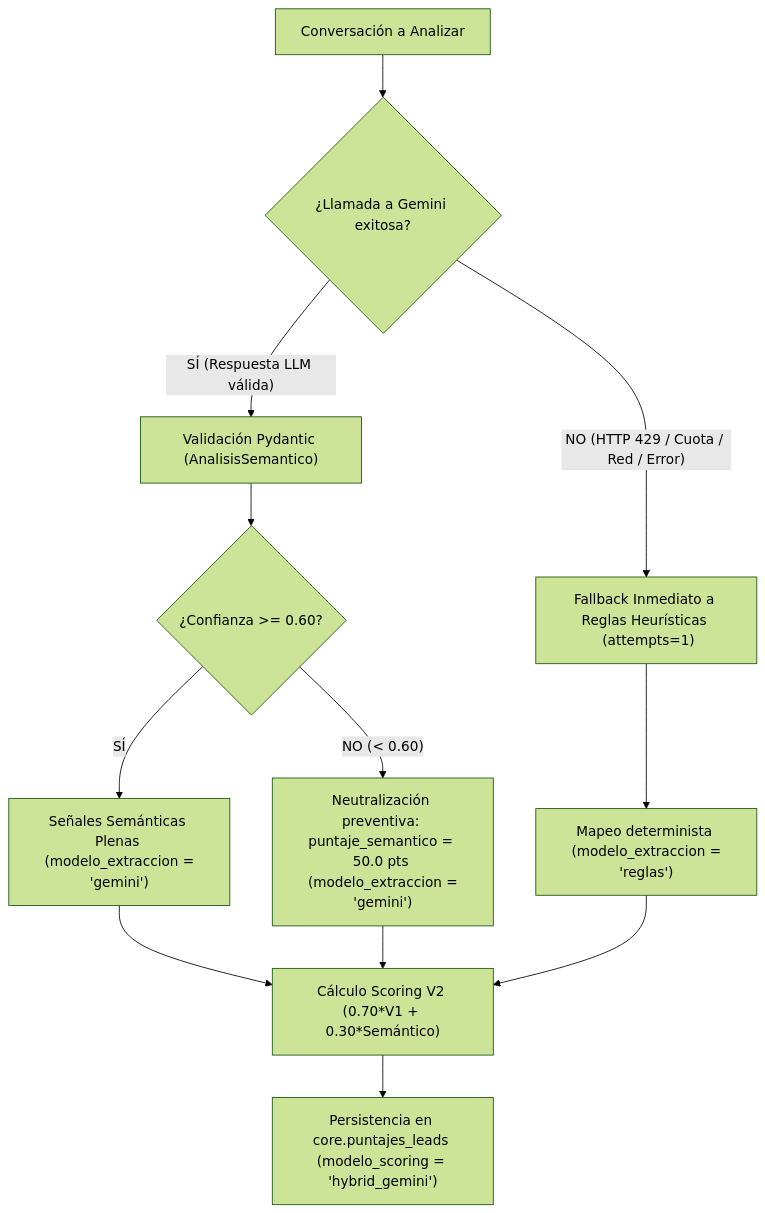
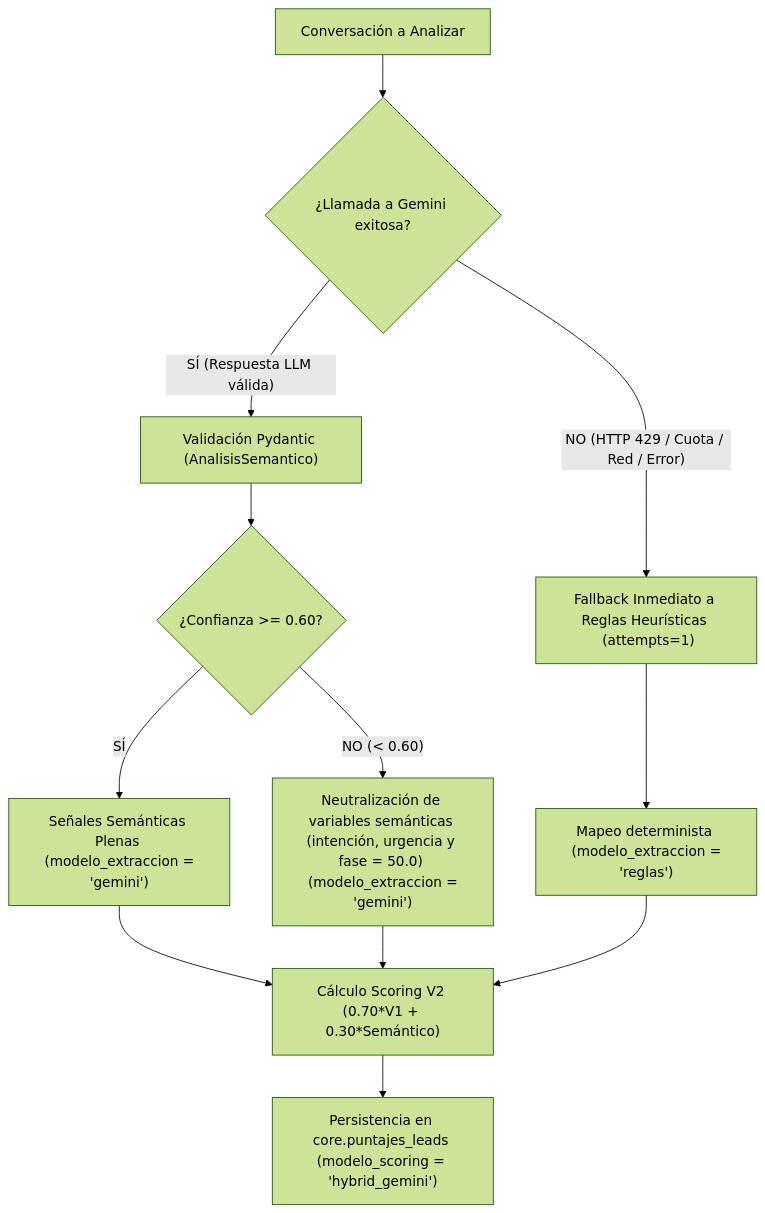
Before and after one commit to c-c23/motos-AI: the third of 5 diagrams in README.md, drawn with Mermaid (forest theme). The commit also changed other lines of this file and 2 other files, not shown here.

````diff
--- a/README.md
+++ b/README.md
@@ -294,14 +322,14 @@
 ```mermaid
 flowchart TD
     A["Conversación a Analizar"] --> B{"¿Llamada a Gemini exitosa?"}
     B -- "SÍ (Respuesta LLM válida)" --> C["Validación Pydantic (AnalisisSemantico)"]
     C --> D{"¿Confianza >= 0.60?"}
     D -- "SÍ" --> E["Señales Semánticas Plenas <br/> (modelo_extraccion = 'gemini')"]
-    D -- "NO (< 0.60)" --> F["Neutralización preventiva: puntaje_semantico = 50.0 pts <br/> (modelo_extraccion = 'gemini')"]
+    D -- "NO (< 0.60)" --> F["Neutralización de variables semánticas (intención, urgencia y fase = 50.0) <br/> (modelo_extraccion = 'gemini')"]
     B -- "NO (HTTP 429 / Cuota / Red / Error)" --> G["Fallback Inmediato a Reglas Heurísticas <br/> (attempts=1)"]
     G --> H["Mapeo determinista <br/> (modelo_extraccion = 'reglas')"]
     E --> I["Cálculo Scoring V2 (0.70*V1 + 0.30*Semántico)"]
     F --> I
     H --> I
     I --> J["Persistencia en core.puntajes_leads (modelo_scoring = 'hybrid_gemini')"]
 ```
````
